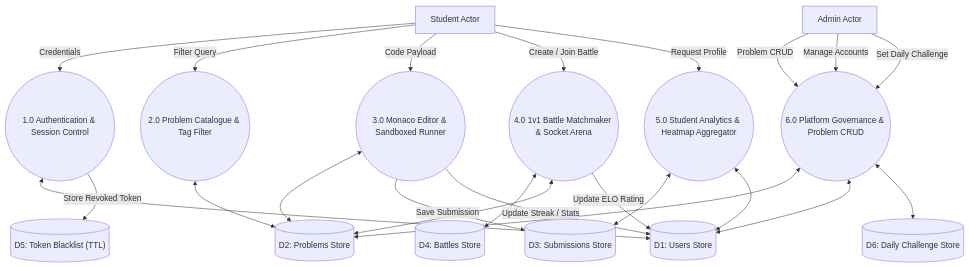
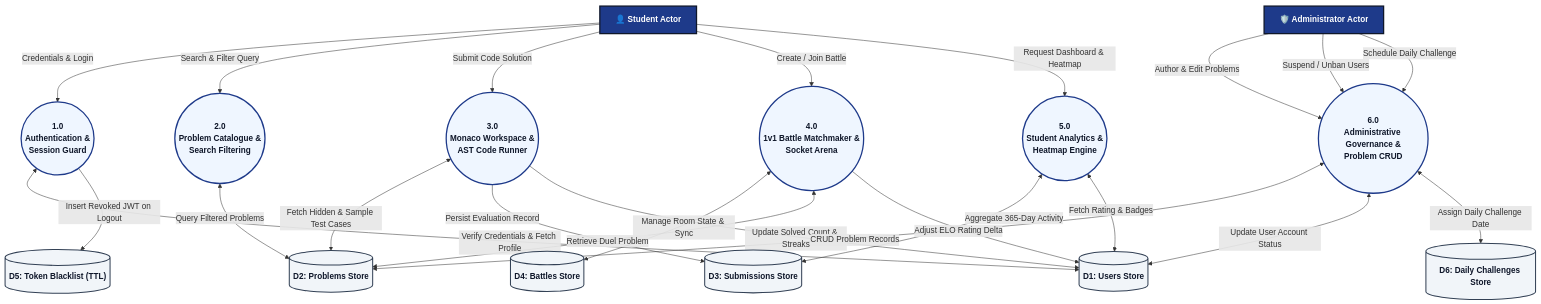
Before and after one commit to koushikreddy89/Skill-Battle: the diagram in diagrams/05_dfd_level_1.mmd, drawn with Mermaid. The commit also changed 102 other files, not shown here.

Commit message:
docs: finalize professional project report and full-page diagram redesigns

```diff
--- a/diagrams/05_dfd_level_1.mmd
+++ b/diagrams/05_dfd_level_1.mmd
@@ -1,45 +1,49 @@
 flowchart TB
-    Student[Student Actor]
-    Admin[Admin Actor]
+    Student["👤 Student Actor"]:::entityStyle
+    Admin["🛡️ Administrator Actor"]:::entityStyle
 
-    P1((1.0 Authentication & Session Control))
-    P2((2.0 Problem Catalogue & Tag Filter))
-    P3((3.0 Monaco Editor & Sandboxed Runner))
-    P4((4.0 1v1 Battle Matchmaker & Socket Arena))
-    P5((5.0 Student Analytics & Heatmap Aggregator))
-    P6((6.0 Platform Governance & Problem CRUD))
+    P1(("1.0<br/>Authentication &<br/>Session Guard")):::processStyle
+    P2(("2.0<br/>Problem Catalogue &<br/>Search Filtering")):::processStyle
+    P3(("3.0<br/>Monaco Workspace &<br/>AST Code Runner")):::processStyle
+    P4(("4.0<br/>1v1 Battle Matchmaker &<br/>Socket Arena")):::processStyle
+    P5(("5.0<br/>Student Analytics &<br/>Heatmap Engine")):::processStyle
+    P6(("6.0<br/>Administrative Governance &<br/>Problem CRUD")):::processStyle
 
-    D1[("D1: Users Store")]
-    D2[("D2: Problems Store")]
-    D3[("D3: Submissions Store")]
-    D4[("D4: Battles Store")]
-    D5[("D5: Token Blacklist (TTL)")]
-    D6[("D6: Daily Challenge Store")]
+    D1[("D1: Users Store")]:::storeStyle
+    D2[("D2: Problems Store")]:::storeStyle
+    D3[("D3: Submissions Store")]:::storeStyle
+    D4[("D4: Battles Store")]:::storeStyle
+    D5[("D5: Token Blacklist (TTL)")]:::storeStyle
+    D6[("D6: Daily Challenges Store")]:::storeStyle
 
-    Student -->|Credentials| P1
-    P1 <--> D1
-    P1 -->|Store Revoked Token| D5
+    Student -->|Credentials & Login| P1
+    P1 <-->|Verify Credentials & Fetch Profile| D1
+    P1 -->|Insert Revoked JWT on Logout| D5
 
-    Student -->|Filter Query| P2
-    P2 <--> D2
+    Student -->|Search & Filter Query| P2
+    P2 <-->|Query Filtered Problems| D2
 
-    Student -->|Code Payload| P3
-    P3 <--> D2
-    P3 -->|Save Submission| D3
-    P3 -->|Update Streak / Stats| D1
+    Student -->|Submit Code Solution| P3
+    P3 <-->|Fetch Hidden & Sample Test Cases| D2
+    P3 -->|Persist Evaluation Record| D3
+    P3 -->|Update Solved Count & Streaks| D1
 
     Student -->|Create / Join Battle| P4
-    P4 <--> D4
-    P4 <--> D2
-    P4 -->|Update ELO Rating| D1
+    P4 <-->|Manage Room State & Sync| D4
+    P4 <-->|Retrieve Duel Problem| D2
+    P4 -->|Adjust ELO Rating Delta| D1
 
-    Student -->|Request Profile| P5
-    P5 <--> D3
-    P5 <--> D1
+    Student -->|Request Dashboard & Heatmap| P5
+    P5 <-->|Aggregate 365-Day Activity| D3
+    P5 <-->|Fetch Rating & Badges| D1
 
-    Admin -->|Problem CRUD| P6
-    P6 <--> D2
-    Admin -->|Manage Accounts| P6
-    P6 <--> D1
-    Admin -->|Set Daily Challenge| P6
-    P6 <--> D6
+    Admin -->|Author & Edit Problems| P6
+    P6 <-->|CRUD Problem Records| D2
+    Admin -->|Suspend / Unban Users| P6
+    P6 <-->|Update User Account Status| D1
+    Admin -->|Schedule Daily Challenge| P6
+    P6 <-->|Assign Daily Challenge Date| D6
+
+    classDef entityStyle fill:#1E3A8A,stroke:#0F172A,stroke-width:2.5px,color:#FFFFFF,font-weight:700;
+    classDef processStyle fill:#EFF6FF,stroke:#1E3A8A,stroke-width:2.5px,color:#0F172A,font-weight:700;
+    classDef storeStyle fill:#F1F5F9,stroke:#334155,stroke-width:2px,color:#0F172A,font-weight:600;
```
